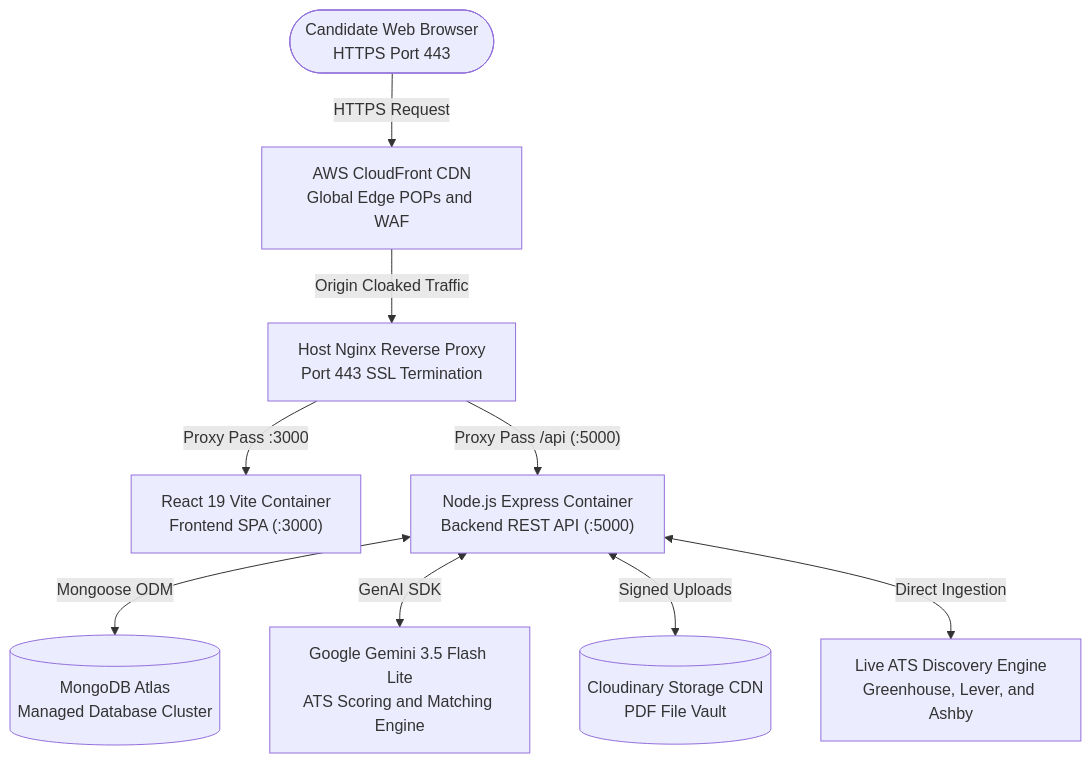
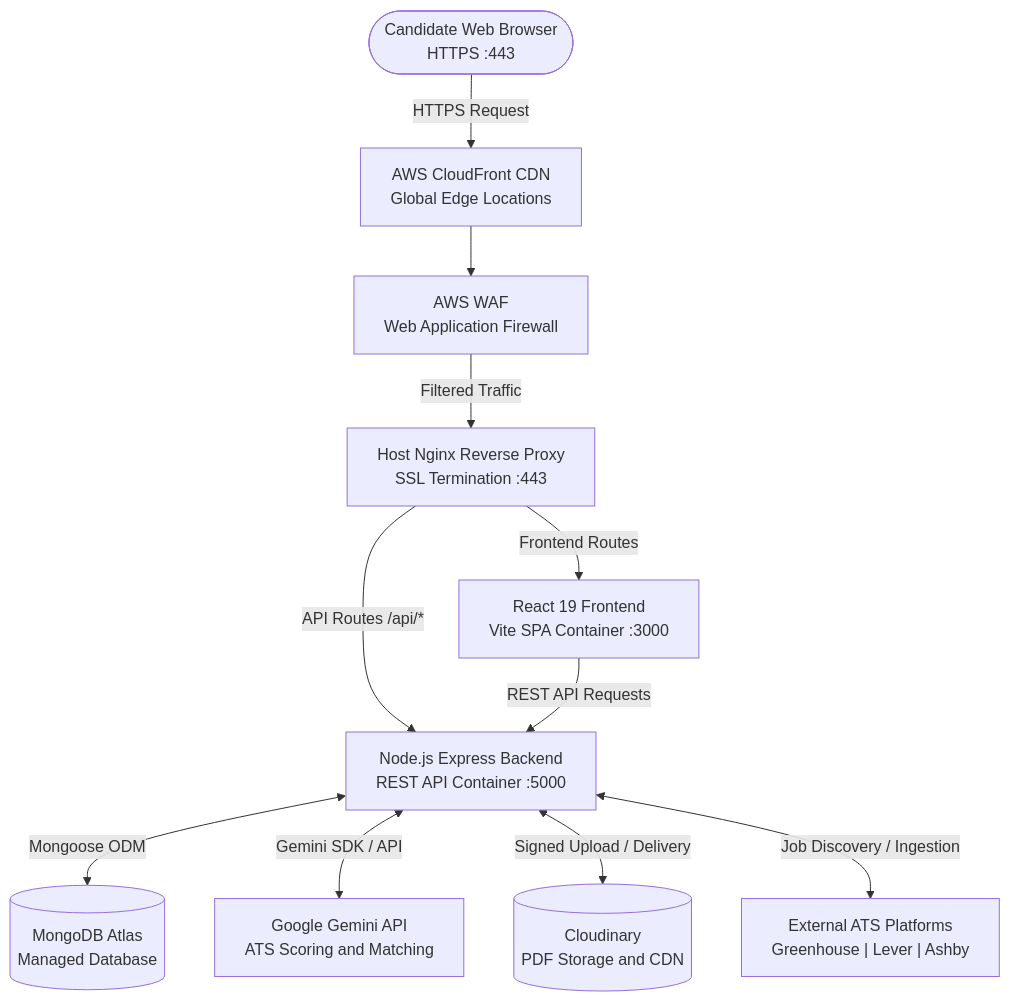
The first of 2 diagrams in README.md (TusharSaini999/Resume-Saathi), drawn with Mermaid before and after one commit.

Commit message:
Update architecture flow diagram in README

````diff
--- a/README.md
+++ b/README.md
@@ -20,21 +20,33 @@
 ```mermaid
+
 flowchart TD
-  User(["Candidate Web Browser<br/>HTTPS Port 443"])
-  CF["AWS CloudFront CDN<br/>Global Edge POPs and WAF"]
-  Nginx["Host Nginx Reverse Proxy<br/>Port 443 SSL Termination"]
-  FE["React 19 Vite Container<br/>Frontend SPA (:3000)"]
-  BE["Node.js Express Container<br/>Backend REST API (:5000)"]
-  DB[("MongoDB Atlas<br/>Managed Database Cluster")]
-  AI["Google Gemini 3.5 Flash Lite<br/>ATS Scoring and Matching Engine"]
-  Cloudinary[("Cloudinary Storage CDN<br/>PDF File Vault")]
-  ATS["Live ATS Discovery Engine<br/>Greenhouse, Lever, and Ashby"]
+    User(["Candidate Web Browser<br/>HTTPS :443"])
 
-  User -->|HTTPS Request| CF
-  CF -->|Origin Cloaked Traffic| Nginx
-  Nginx -->|Proxy Pass :3000| FE
-  Nginx -->|"Proxy Pass /api (:5000)"| BE
-  BE <-->|Mongoose ODM| DB
-  BE <-->|GenAI SDK| AI
-  BE <-->|Signed Uploads| Cloudinary
-  BE <-->|Direct Ingestion| ATS
+    CF["AWS CloudFront CDN<br/>Global Edge Locations"]
+    WAF["AWS WAF<br/>Web Application Firewall"]
+
+    Nginx["Host Nginx Reverse Proxy<br/>SSL Termination :443"]
+
+    FE["React 19 Frontend<br/>Vite SPA Container :3000"]
+    BE["Node.js Express Backend<br/>REST API Container :5000"]
+
+    DB[("MongoDB Atlas<br/>Managed Database")]
+    AI["Google Gemini API<br/>ATS Scoring and Matching"]
+    Cloudinary[("Cloudinary<br/>PDF Storage and CDN")]
+    ATS["External ATS Platforms<br/>Greenhouse | Lever | Ashby"]
+
+    User -->|HTTPS Request| CF
+    CF --> WAF
+    WAF -->|Filtered Traffic| Nginx
+
+    Nginx -->|Frontend Routes| FE
+    Nginx -->|API Routes /api/*| BE
+
+    FE -->|REST API Requests| BE
+
+    BE <-->|Mongoose ODM| DB
+    BE <-->|Gemini SDK / API| AI
+    BE <-->|Signed Upload / Delivery| Cloudinary
+    BE <-->|Job Discovery / Ingestion| ATS
+
 ```
````
